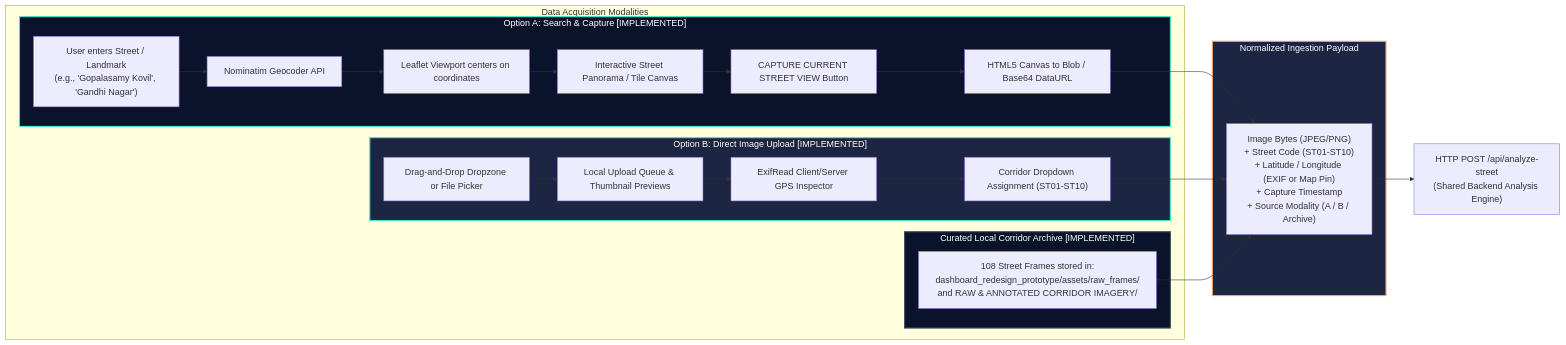
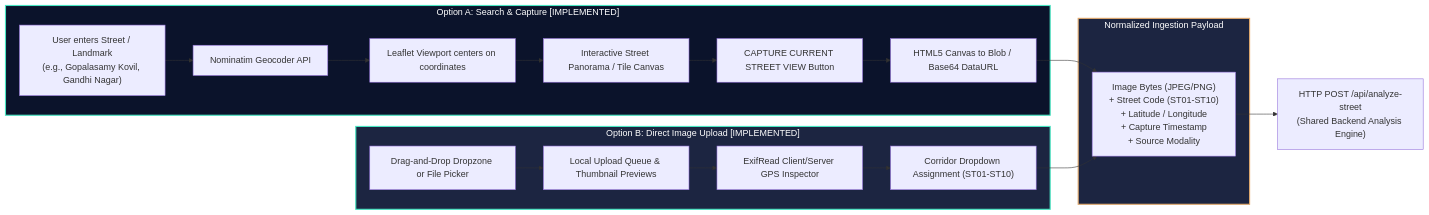
The diagram in project_documentation/diagrams/06_data_acquisition.mmd (Vaigunth27-cloud/farm-ai), drawn with Mermaid before and after one commit. The commit also changed 25 other files, not shown here.

Commit message:
feat: render all 12 mermaid diagrams to high-res viewable PNG flowcharts and add visual gallery

```diff
--- a/project_documentation/diagrams/06_data_acquisition.mmd
+++ b/project_documentation/diagrams/06_data_acquisition.mmd
@@ -1,41 +1,33 @@
 flowchart LR
-    subgraph Capture_Methods["Data Acquisition Modalities"]
-        subgraph Option_A["Option A: Search & Capture [IMPLEMENTED]"]
-            SRCH_INPUT["User enters Street / Landmark<br/>(e.g., 'Gopalasamy Kovil', 'Gandhi Nagar')"]
-            GEOCODE["Nominatim Geocoder API"]
-            MAP_VIEW["Leaflet Viewport centers on coordinates"]
-            STREET_VIEW["Interactive Street Panorama / Tile Canvas"]
-            CAP_BTN["CAPTURE CURRENT STREET VIEW Button"]
-            CANVAS_DUMP["HTML5 Canvas to Blob / Base64 DataURL"]
+    subgraph Option_A["Option A: Search & Capture [IMPLEMENTED]"]
+        SRCH_INPUT["User enters Street / Landmark<br/>(e.g., Gopalasamy Kovil, Gandhi Nagar)"]
+        GEOCODE["Nominatim Geocoder API"]
+        MAP_VIEW["Leaflet Viewport centers on coordinates"]
+        STREET_VIEW["Interactive Street Panorama / Tile Canvas"]
+        CAP_BTN["CAPTURE CURRENT STREET VIEW Button"]
+        CANVAS_DUMP["HTML5 Canvas to Blob / Base64 DataURL"]
 
-            SRCH_INPUT --> GEOCODE --> MAP_VIEW --> STREET_VIEW --> CAP_BTN --> CANVAS_DUMP
-        end
+        SRCH_INPUT --> GEOCODE --> MAP_VIEW --> STREET_VIEW --> CAP_BTN --> CANVAS_DUMP
+    end
 
-        subgraph Option_B["Option B: Direct Image Upload [IMPLEMENTED]"]
-            DROPZONE["Drag-and-Drop Dropzone or File Picker"]
-            QUEUE["Local Upload Queue & Thumbnail Previews"]
-            EXIF_PARSE["ExifRead Client/Server GPS Inspector"]
-            CORR_SELECT["Corridor Dropdown Assignment (ST01-ST10)"]
+    subgraph Option_B["Option B: Direct Image Upload [IMPLEMENTED]"]
+        DROPZONE["Drag-and-Drop Dropzone or File Picker"]
+        QUEUE["Local Upload Queue & Thumbnail Previews"]
+        EXIF_PARSE["ExifRead Client/Server GPS Inspector"]
+        CORR_SELECT["Corridor Dropdown Assignment (ST01-ST10)"]
 
-            DROPZONE --> QUEUE --> EXIF_PARSE --> CORR_SELECT
-        end
-
-        subgraph Existing_Archive["Curated Local Corridor Archive [IMPLEMENTED]"]
-            HIST_IMGS["108 Street Frames stored in:<br/>dashboard_redesign_prototype/assets/raw_frames/<br/>and RAW & ANNOTATED CORRIDOR IMAGERY/"]
-        end
+        DROPZONE --> QUEUE --> EXIF_PARSE --> CORR_SELECT
     end
 
     subgraph Unified_Payload["Normalized Ingestion Payload"]
-        PAYLOAD["Image Bytes (JPEG/PNG)<br/>+ Street Code (ST01-ST10)<br/>+ Latitude / Longitude (EXIF or Map Pin)<br/>+ Capture Timestamp<br/>+ Source Modality (A / B / Archive)"]
+        PAYLOAD["Image Bytes (JPEG/PNG)<br/>+ Street Code (ST01-ST10)<br/>+ Latitude / Longitude<br/>+ Capture Timestamp<br/>+ Source Modality"]
     end
 
     CANVAS_DUMP --> PAYLOAD
     CORR_SELECT --> PAYLOAD
-    HIST_IMGS --> PAYLOAD
 
     PAYLOAD --> API["HTTP POST /api/analyze-street<br/>(Shared Backend Analysis Engine)"]
 
     style Option_A fill:#0B132B,stroke:#48E5C2,stroke-width:2px,color:#FFFFFF
     style Option_B fill:#1C2541,stroke:#48E5C2,stroke-width:2px,color:#FFFFFF
-    style Existing_Archive fill:#0B132B,stroke:#3A506B,stroke-width:2px,color:#FFFFFF
     style Unified_Payload fill:#1C2541,stroke:#E0A96D,stroke-width:2px,color:#FFFFFF
```
